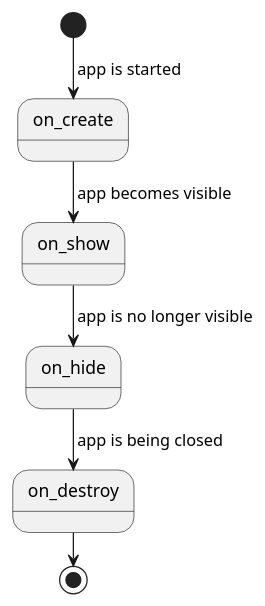
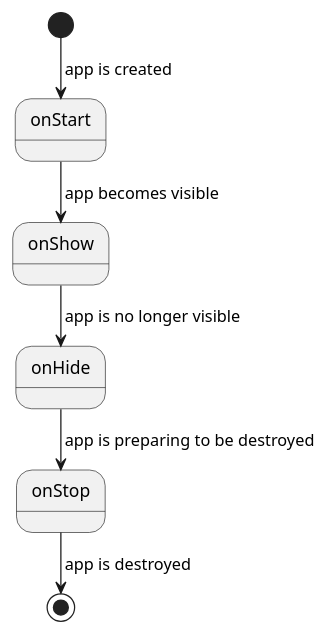
One commit to ByteWelder/Tactility changed the diagram in Documentation/app-lifecycle.puml. Above: the diagram before and after it, drawn with PlantUML. The commit also changed 31 other files, not shown here.

```diff
--- a/Documentation/app-lifecycle.puml
+++ b/Documentation/app-lifecycle.puml
@@ -1,9 +1,9 @@
 @startuml
-[*] --> on_create : app is started
-on_create --> on_show : app becomes visible
-on_show --> on_hide : app is no longer visible
-on_hide --> on_destroy : app is being closed
-on_destroy --> [*]
+[*] --> onStart : app is created
+onStart --> onShow : app becomes visible
+onShow --> onHide : app is no longer visible
+onHide --> onStop : app is preparing to be destroyed
+onStop --> [*] : app is destroyed
 skinparam ranksep 25
 skinparam padding 2
 @enduml
```
